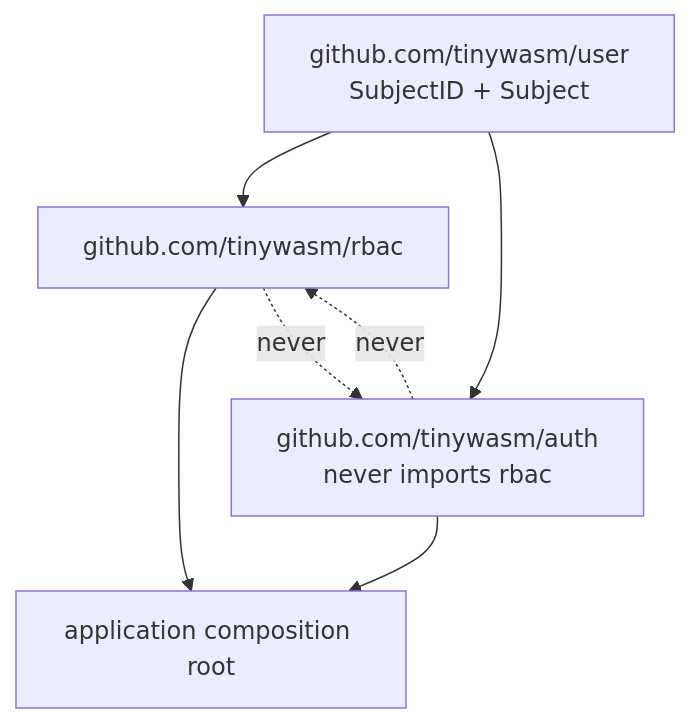
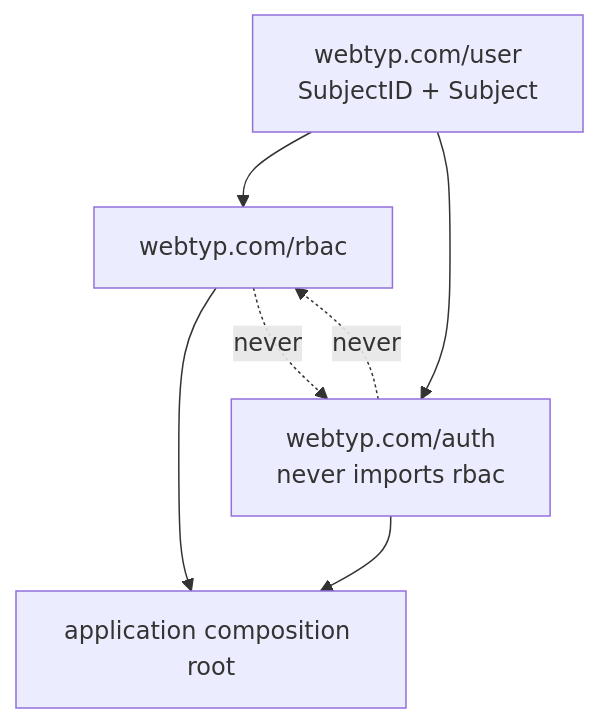
The first of 2 diagrams in docs/ARCHITECTURE.md (tinywasm/rbac), drawn with Mermaid before and after one commit. The commit also changed other lines of this file and 13 other files, not shown here.

First line of the commit message:
refactor!: module path github.com/tinywasm → webtyp.com; rebrand TinyWasm → WebTyp

````diff
--- a/docs/ARCHITECTURE.md
+++ b/docs/ARCHITECTURE.md
@@ -13,9 +13,9 @@
 ```mermaid
 flowchart TD
-    U[github.com/tinywasm/user<br/>SubjectID + Subject] --> R[github.com/tinywasm/rbac]
-    U --> A[github.com/tinywasm/auth<br/>never imports rbac]
+    U[webtyp.com/user<br/>SubjectID + Subject] --> R[webtyp.com/rbac]
+    U --> A[webtyp.com/auth<br/>never imports rbac]
     R --> C[application composition root]
     A --> C
     R -.->|never| A
     A -.->|never| R
 ```
````
